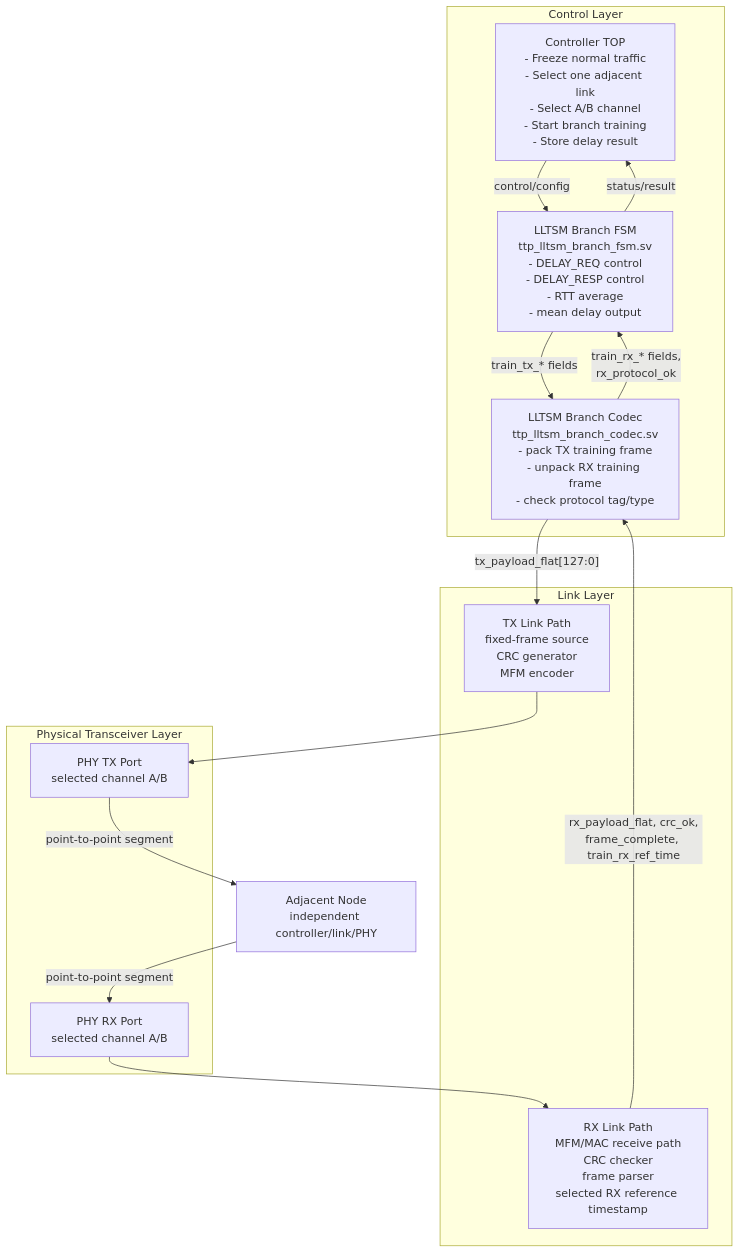
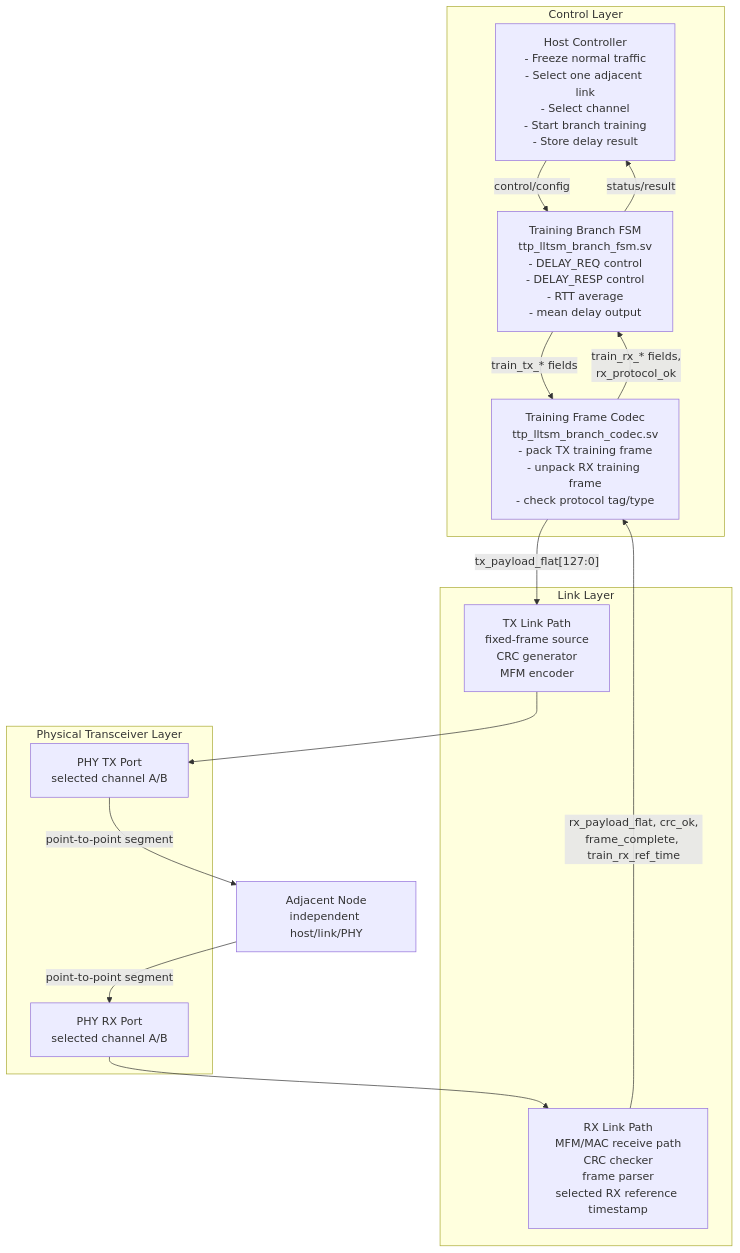
The first of 2 diagrams in docs/LLTSM_Architecture_and_Interface.md (waterwhit/lltsm-link-training), drawn with Mermaid before and after one commit. The commit also changed other lines of this file and 13 other files, not shown here.

First line of the commit message:
Separate link training FSM as reusable controller-independent module

````diff
--- a/docs/LLTSM_Architecture_and_Interface.md
+++ b/docs/LLTSM_Architecture_and_Interface.md
@@ -54,33 +54,33 @@
 ```mermaid
 flowchart TB
     subgraph CONTROL["Control Layer"]
-        TOP["Controller TOP<br/>- Freeze normal traffic<br/>- Select one adjacent link<br/>- Select A/B channel<br/>- Start branch training<br/>- Store delay result"]
-        FSM["LLTSM Branch FSM<br/>ttp_lltsm_branch_fsm.sv<br/>- DELAY_REQ control<br/>- DELAY_RESP control<br/>- RTT average<br/>- mean delay output"]
-        CODEC["LLTSM Branch Codec<br/>ttp_lltsm_branch_codec.sv<br/>- pack TX training frame<br/>- unpack RX training frame<br/>- check protocol tag/type"]
+        TOP["Host Controller<br/>- Freeze normal traffic<br/>- Select one adjacent link<br/>- Select channel<br/>- Start branch training<br/>- Store delay result"]
+        FSM["Training Branch FSM<br/>ttp_lltsm_branch_fsm.sv<br/>- DELAY_REQ control<br/>- DELAY_RESP control<br/>- RTT average<br/>- mean delay output"]
+        CODEC["Training Frame Codec<br/>ttp_lltsm_branch_codec.sv<br/>- pack TX training frame<br/>- unpack RX training frame<br/>- check protocol tag/type"]
     end
 
     subgraph LINK["Link Layer"]
         TX_LINK["TX Link Path<br/>fixed-frame source<br/>CRC generator<br/>MFM encoder"]
         RX_LINK["RX Link Path<br/>MFM/MAC receive path<br/>CRC checker<br/>frame parser<br/>selected RX reference timestamp"]
     end
 
     subgraph PHY["Physical Transceiver Layer"]
         PHY_TX["PHY TX Port<br/>selected channel A/B"]
         PHY_RX["PHY RX Port<br/>selected channel A/B"]
     end
 
-    ADJ["Adjacent Node<br/>independent controller/link/PHY"]
+    ADJ["Adjacent Node<br/>independent host/link/PHY"]
 
     TOP -->|"control/config"| FSM
     FSM -->|"status/result"| TOP
 
     FSM -->|"train_tx_* fields"| CODEC
     CODEC -->|"tx_payload_flat[127:0]"| TX_LINK
     TX_LINK --> PHY_TX
     PHY_TX -->|"point-to-point segment"| ADJ
 
     ADJ -->|"point-to-point segment"| PHY_RX
     PHY_RX --> RX_LINK
     RX_LINK -->|"rx_payload_flat, crc_ok,<br/>frame_complete, train_rx_ref_time"| CODEC
     CODEC -->|"train_rx_* fields,<br/>rx_protocol_ok"| FSM
 ```
````
